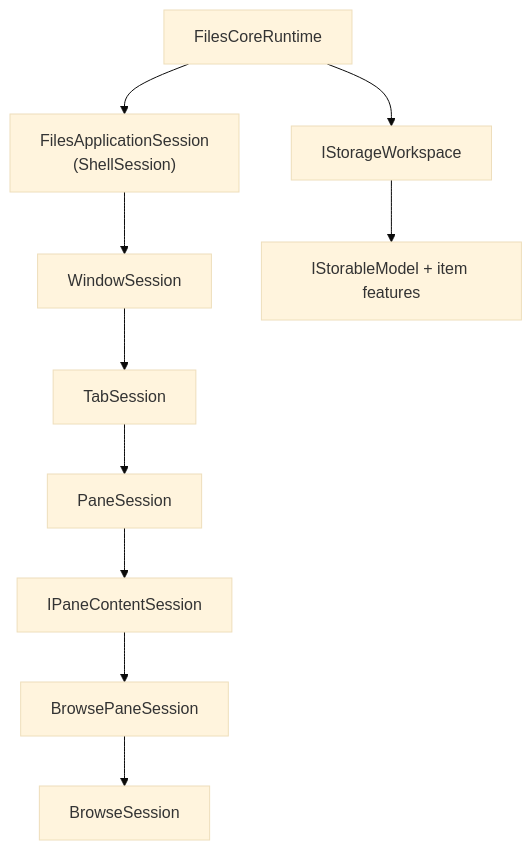
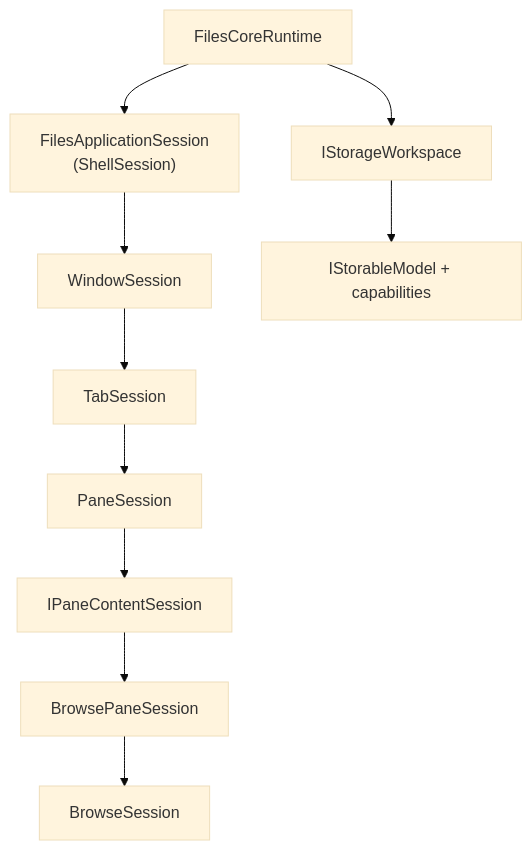
One commit to 0x5bfa/ReFiles changed the diagram in src/Files.Core/README.md. Above: the diagram before and after it, drawn with Mermaid (base theme). The commit also changed other lines of this file and 227 other files, not shown here.

Commit message:
Rename item features to capabilities

````diff
--- a/src/Files.Core/README.md
+++ b/src/Files.Core/README.md
@@ -44,23 +44,23 @@
 ```mermaid
 flowchart TB
     Runtime["FilesCoreRuntime"]
     Workspace["IStorageWorkspace"]
     App["FilesApplicationSession<br/>(ShellSession)"]
     Window["WindowSession"]
     Tab["TabSession"]
     Pane["PaneSession"]
     Content["IPaneContentSession"]
     BrowsePane["BrowsePaneSession"]
     Session["BrowseSession"]
-    Items["IStorableModel + item features"]
+    Items["IStorableModel + capabilities"]
 
     Runtime --> Workspace
     Runtime --> App
     App --> Window
     Window --> Tab
     Tab --> Pane
     Pane --> Content
     Content --> BrowsePane
     BrowsePane --> Session
     Workspace --> Items
 ```
````
